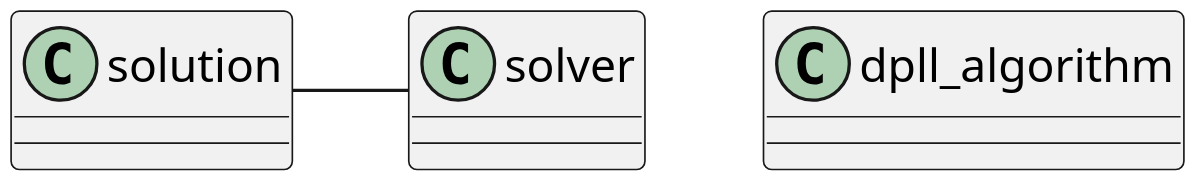
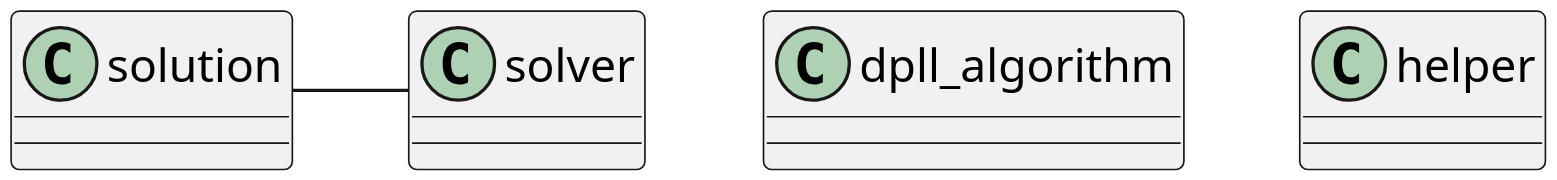
Before and after one commit to Wilbertz/Sudoku-Solver: the diagram in UML/MainClasses.puml, drawn with PlantUML.

Commit message:
Additional class.

```diff
--- a/UML/MainClasses.puml
+++ b/UML/MainClasses.puml
@@ -1,7 +1,8 @@
 @startuml
 scale 3
 class dpll_algorithm
 class solution
 class solver
+class helper
 solution - solver
 @enduml
```
